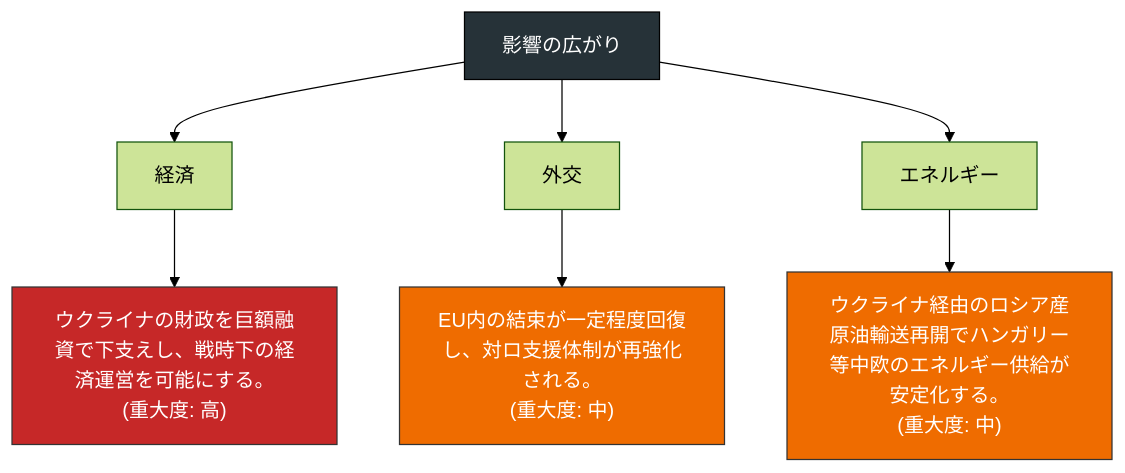
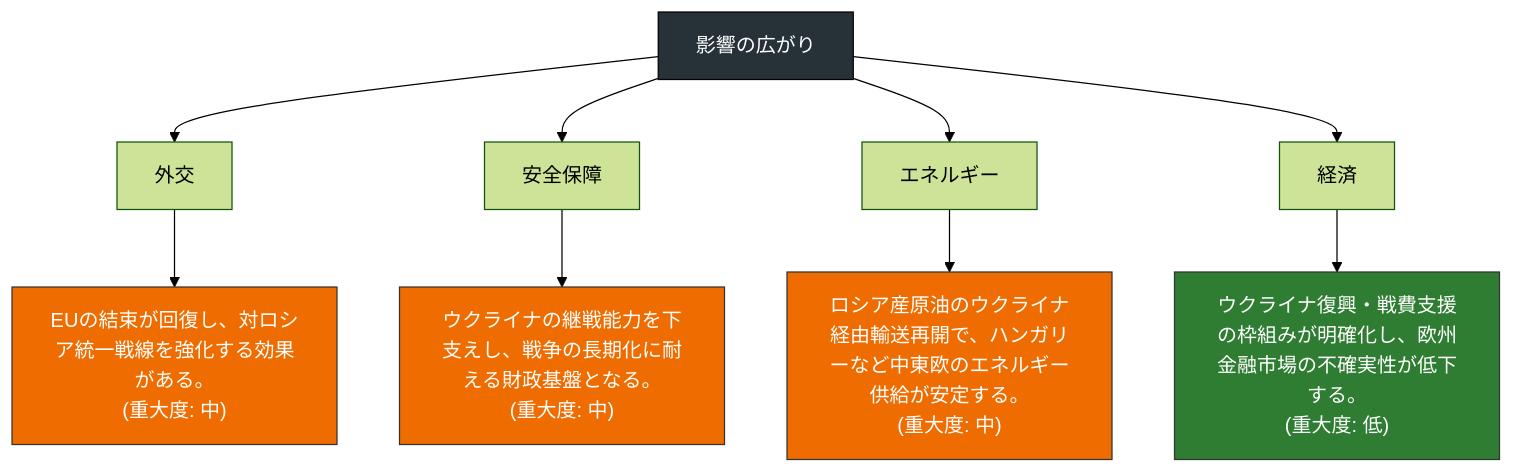
Diagram 13 of 20 in docs/reports/2026-04-23.md (YUUUyutaro/tiseigaku), drawn with Mermaid (forest theme) before and after one commit. The commit also changed other lines of this file and 3 other files, not shown here.

````diff
--- a/docs/reports/2026-04-23.md
+++ b/docs/reports/2026-04-23.md
@@ -56,17 +263,21 @@
 ```mermaid
 flowchart TB
   R["影響の広がり"]
-  D0["経済"]
-  I0["ウクライナの財政を巨額融資で下支えし、戦時下の経済運営を可能にする。\n(重大度: 高)"]
+  D0["外交"]
+  I0["EUの結束が回復し、対ロシア統一戦線を強化する効果がある。\n(重大度: 中)"]
   R --> D0 --> I0
-  style I0 fill:#c62828,color:#fff,stroke:#333
-  D1["外交"]
-  I1["EU内の結束が一定程度回復し、対ロ支援体制が再強化される。\n(重大度: 中)"]
+  style I0 fill:#ef6c00,color:#fff,stroke:#333
+  D1["安全保障"]
+  I1["ウクライナの継戦能力を下支えし、戦争の長期化に耐える財政基盤となる。\n(重大度: 中)"]
   R --> D1 --> I1
   style I1 fill:#ef6c00,color:#fff,stroke:#333
   D2["エネルギー"]
-  I2["ウクライナ経由のロシア産原油輸送再開でハンガリー等中欧のエネルギー供給が安定化する。\n(重大度: 中)"]
+  I2["ロシア産原油のウクライナ経由輸送再開で、ハンガリーなど中東欧のエネルギー供給が安定する。\n(重大度: 中)"]
   R --> D2 --> I2
   style I2 fill:#ef6c00,color:#fff,stroke:#333
+  D3["経済"]
+  I3["ウクライナ復興・戦費支援の枠組みが明確化し、欧州金融市場の不確実性が低下する。\n(重大度: 低)"]
+  R --> D3 --> I3
+  style I3 fill:#2e7d32,color:#fff,stroke:#333
   style R fill:#263238,color:#fff,stroke:#000
 ```
````
